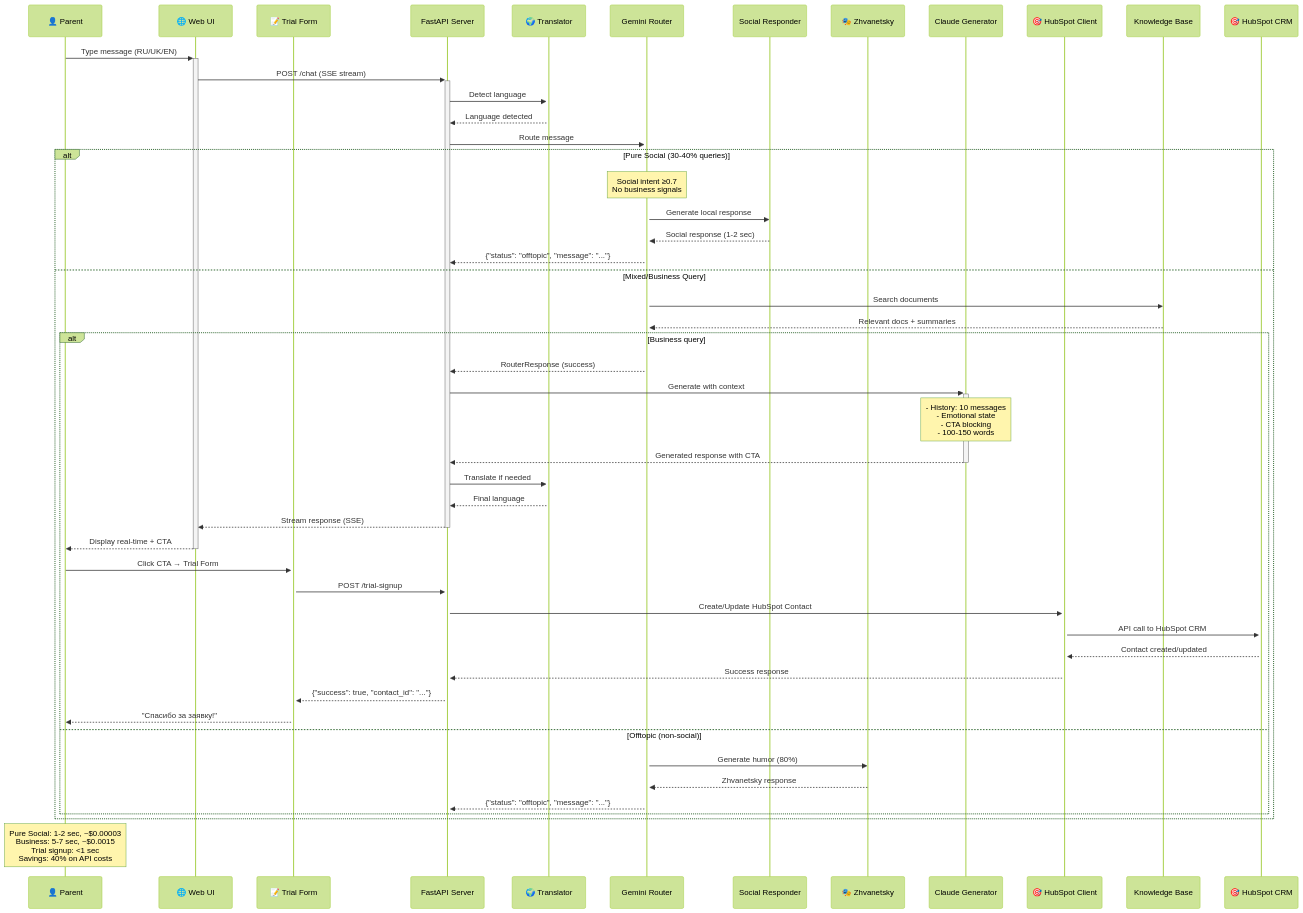
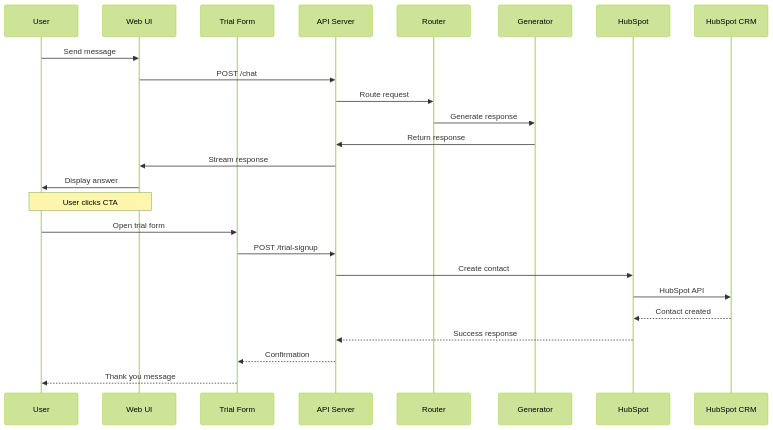
One commit to shao3d/Ukido_DynContInj changed the second of 5 diagrams in README.md. Above: the diagram before and after it, drawn with Mermaid (forest theme). The commit also changed other lines of this file, not shown here.

First line of the commit message:
fix: Упрощение Mermaid диаграмм для GitHub совместимости

````diff
--- a/README.md
+++ b/README.md
@@ -116,57 +77,29 @@
 ```mermaid
 sequenceDiagram
-    participant U as 👤 Parent
-    participant W as 🌐 Web UI
-    participant TF as 📝 Trial Form
-    participant API as FastAPI Server
-    participant T as 🌍 Translator
-    participant R as Gemini Router
-    participant SR as Social Responder
-    participant ZH as 🎭 Zhvanetsky
-    participant G as Claude Generator
-    participant HS as 🎯 HubSpot Client
-    participant KB as Knowledge Base
-    participant HB as 🎯 HubSpot CRM
+    participant U as User
+    participant W as Web UI
+    participant TF as Trial Form
+    participant API as API Server
+    participant R as Router
+    participant G as Generator
+    participant HS as HubSpot
+    participant HB as HubSpot CRM
 
-    U->>+W: Type message (RU/UK/EN)
-    W->>+API: POST /chat (SSE stream)
-    API->>+T: Detect language
-    T-->>API: Language detected
+    U->>W: Send message
+    W->>API: POST /chat
+    API->>R: Route request
+    R->>G: Generate response
+    G->>API: Return response
+    API->>W: Stream response
+    W->>U: Display answer
 
-    API->>+R: Route message
-
-    alt Pure Social (30-40% queries)
-        Note over R: Social intent ≥0.7<br/>No business signals
-        R->>SR: Generate local response
-        SR-->>R: Social response (1-2 sec)
-        R-->>API: {"status": "offtopic", "message": "..."}
-    else Mixed/Business Query
-        R->>KB: Search documents
-        KB-->>R: Relevant docs + summaries
-
-        alt Business query
-            R-->>API: RouterResponse (success)
-            API->>+G: Generate with context
-            Note over G: - History: 10 messages<br/>- Emotional state<br/>- CTA blocking<br/>- 100-150 words
-            G-->>-API: Generated response with CTA
-            API->>T: Translate if needed
-            T-->>API: Final language
-            API-->>-W: Stream response (SSE)
-            W-->>-U: Display real-time + CTA
-            U->>+TF: Click CTA → Trial Form
-            TF->>+API: POST /trial-signup
-            API->>+HS: Create/Update HubSpot Contact
-            HS->>+HB: API call to HubSpot CRM
-            HB-->>HS: Contact created/updated
-            HS-->>API: Success response
-            API-->>TF: {"success": true, "contact_id": "..."}
-            TF-->>U: "Спасибо за заявку!"
-        else Offtopic (non-social)
-            R->>ZH: Generate humor (80%)
-            ZH-->>R: Zhvanetsky response
-            R-->>API: {"status": "offtopic", "message": "..."}
-        end
-    end
-
-    Note over U: Pure Social: 1-2 sec, ~$0.00003<br/>Business: 5-7 sec, ~$0.0015<br/>Trial signup: <1 sec<br/>Savings: 40% on API costs
+    Note over U,W: User clicks CTA
+    U->>TF: Open trial form
+    TF->>API: POST /trial-signup
+    API->>HS: Create contact
+    HS->>HB: HubSpot API
+    HB-->>HS: Contact created
+    HS-->>API: Success response
+    API-->>TF: Confirmation
+    TF-->>U: Thank you message
 ```
````
